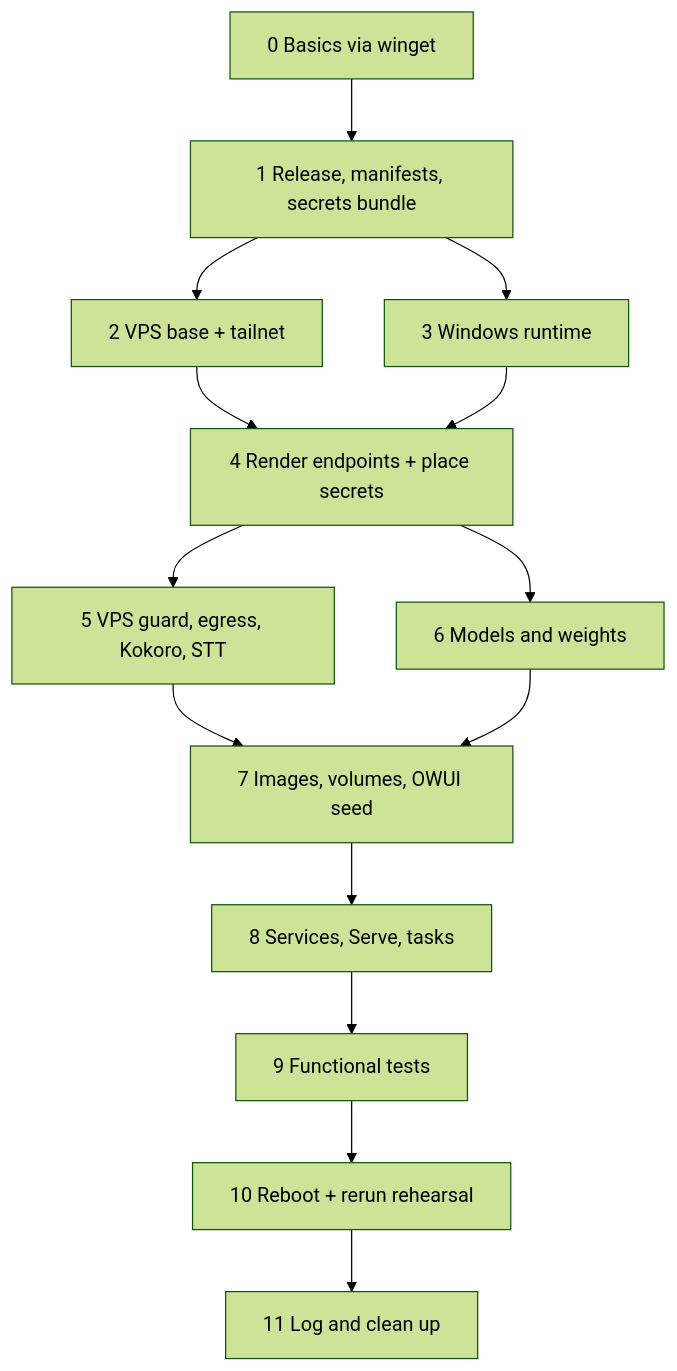
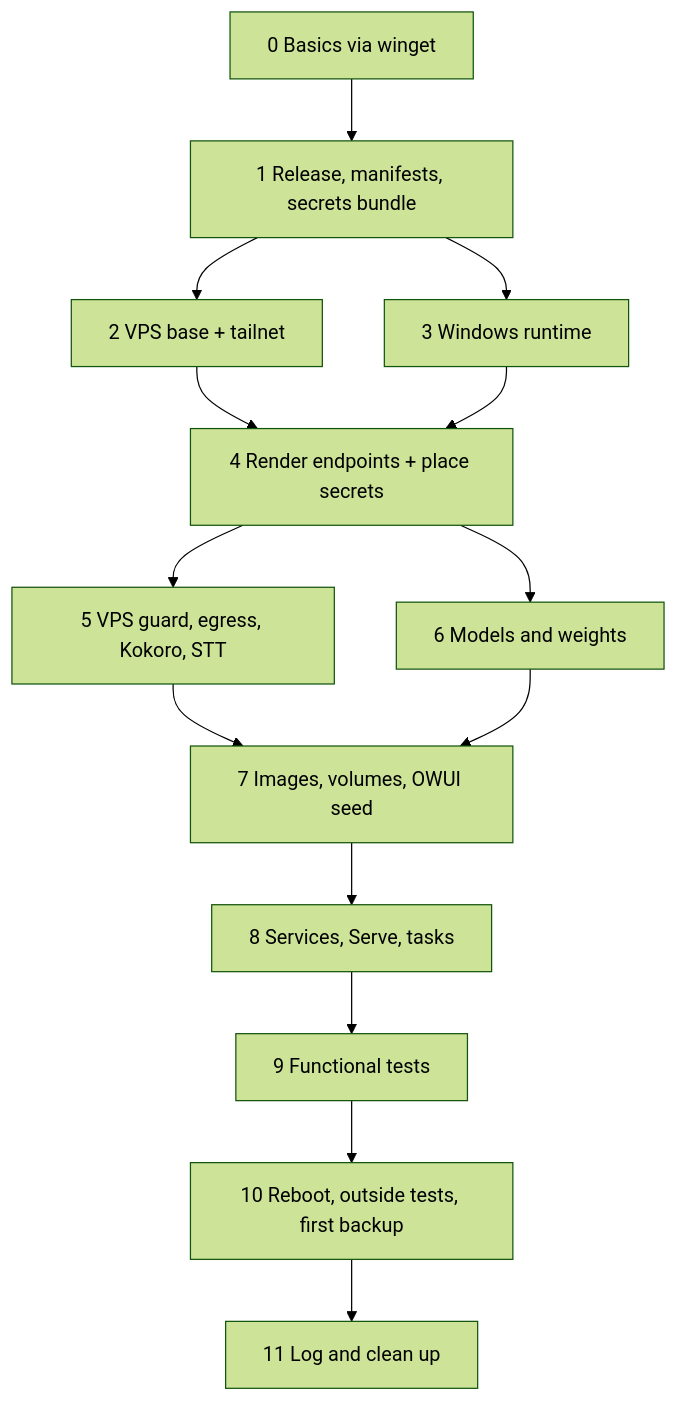
One commit to myceliam/ollama-cria changed the diagram in README.md. Above: the diagram before and after it, drawn with Mermaid (forest theme). The commit also changed other lines of this file and 10 other files, not shown here.

````diff
--- a/README.md
+++ b/README.md
@@ -20,16 +22,16 @@
 ```mermaid
 flowchart TD
   S0[0 Basics via winget] --> S1[1 Release, manifests, secrets bundle]
   S1 --> S2[2 VPS base + tailnet]
   S1 --> S3[3 Windows runtime]
   S2 --> S4[4 Render endpoints + place secrets]
   S3 --> S4
   S4 --> S5[5 VPS guard, egress, Kokoro, STT]
   S4 --> S6[6 Models and weights]
   S5 --> S7[7 Images, volumes, OWUI seed]
   S6 --> S7
   S7 --> S8[8 Services, Serve, tasks]
   S8 --> S9[9 Functional tests]
-  S9 --> S10[10 Reboot + rerun rehearsal]
+  S9 --> S10[10 Reboot, outside tests, first backup]
   S10 --> S11[11 Log and clean up]
 ```
````
